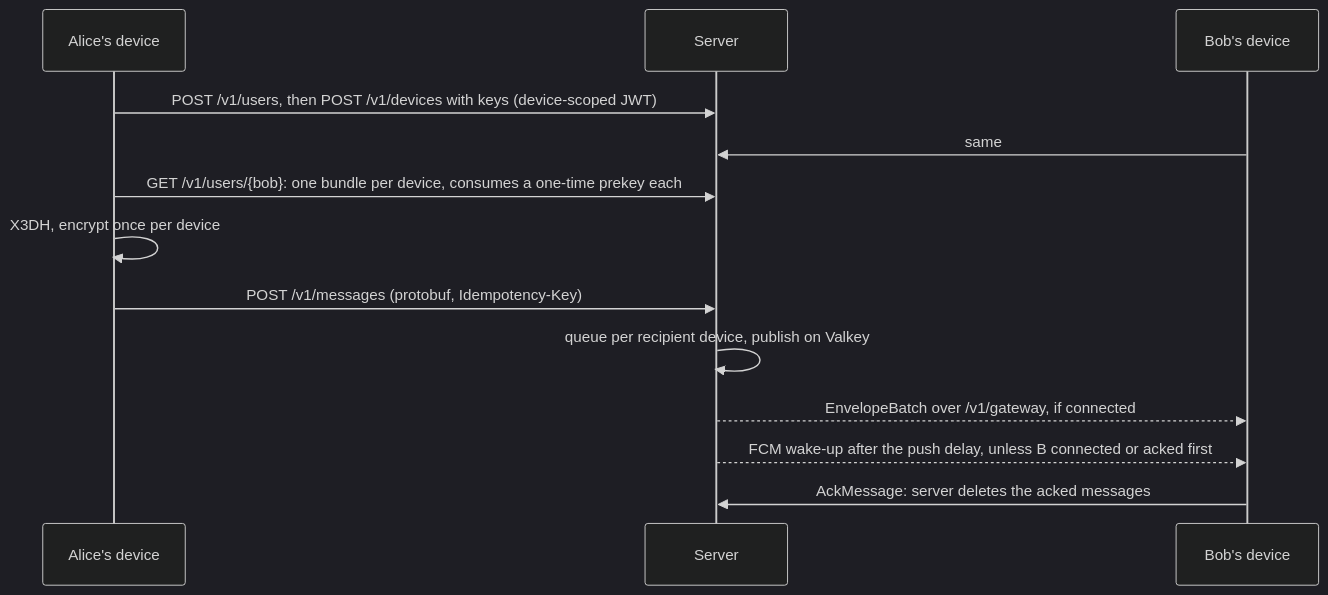
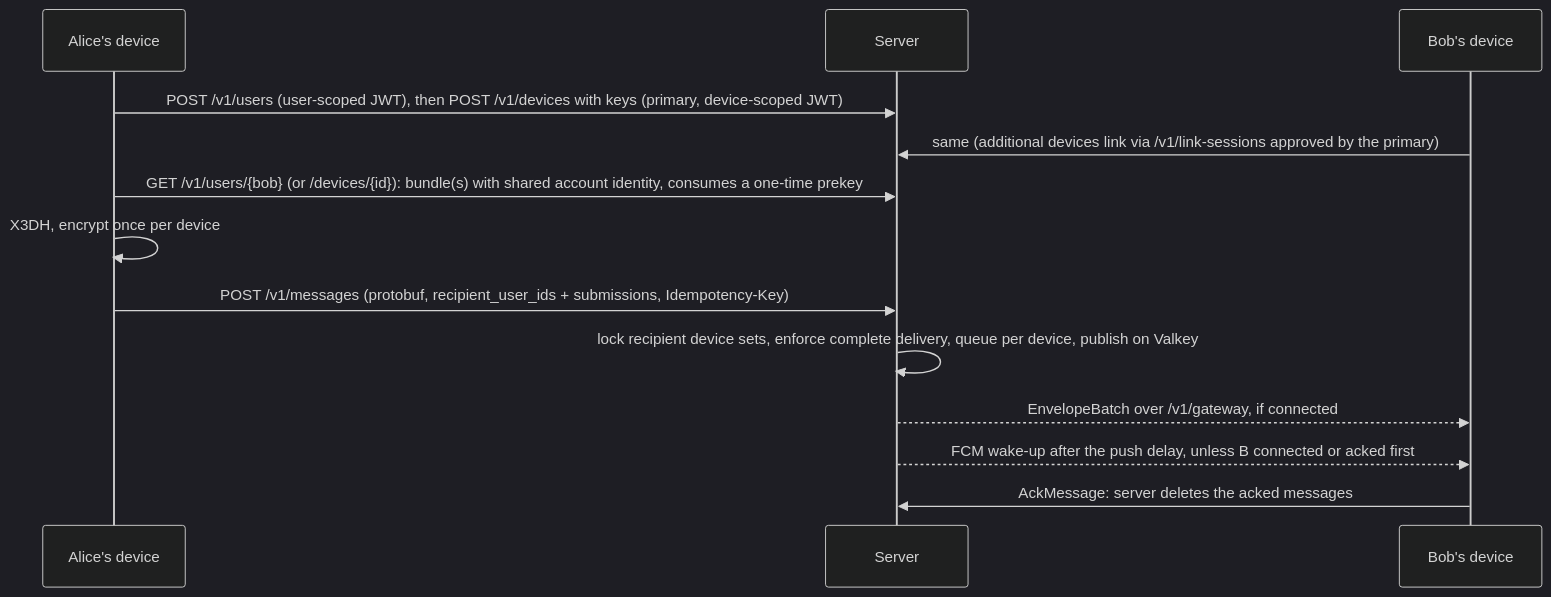
The diagram in docs/ARCHITECTURE.md (obscura-messaging/obscura-server), drawn with Mermaid (dark theme) before and after one commit. The commit also changed other lines of this file and 36 other files, not shown here.

First line of the commit message:
refactor: canonicalize auth scopes, usernames, link sessions, and backup cleanup

````diff
--- a/docs/ARCHITECTURE.md
+++ b/docs/ARCHITECTURE.md
@@ -7,16 +7,16 @@
 ```mermaid
 sequenceDiagram
     participant A as Alice's device
     participant S as Server
     participant B as Bob's device
 
-    A->>S: POST /v1/users, then POST /v1/devices with keys (device-scoped JWT)
-    B->>S: same
-    A->>S: GET /v1/users/{bob}: one bundle per device, consumes a one-time prekey each
+    A->>S: POST /v1/users (user-scoped JWT), then POST /v1/devices with keys (primary, device-scoped JWT)
+    B->>S: same (additional devices link via /v1/link-sessions approved by the primary)
+    A->>S: GET /v1/users/{bob} (or /devices/{id}): bundle(s) with shared account identity, consumes a one-time prekey
     A->>A: X3DH, encrypt once per device
-    A->>S: POST /v1/messages (protobuf, Idempotency-Key)
-    S->>S: queue per recipient device, publish on Valkey
+    A->>S: POST /v1/messages (protobuf, recipient_user_ids + submissions, Idempotency-Key)
+    S->>S: lock recipient device sets, enforce complete delivery, queue per device, publish on Valkey
     S-->>B: EnvelopeBatch over /v1/gateway, if connected
     S-->>B: FCM wake-up after the push delay, unless B connected or acked first
     B->>S: AckMessage: server deletes the acked messages
 ```
````
